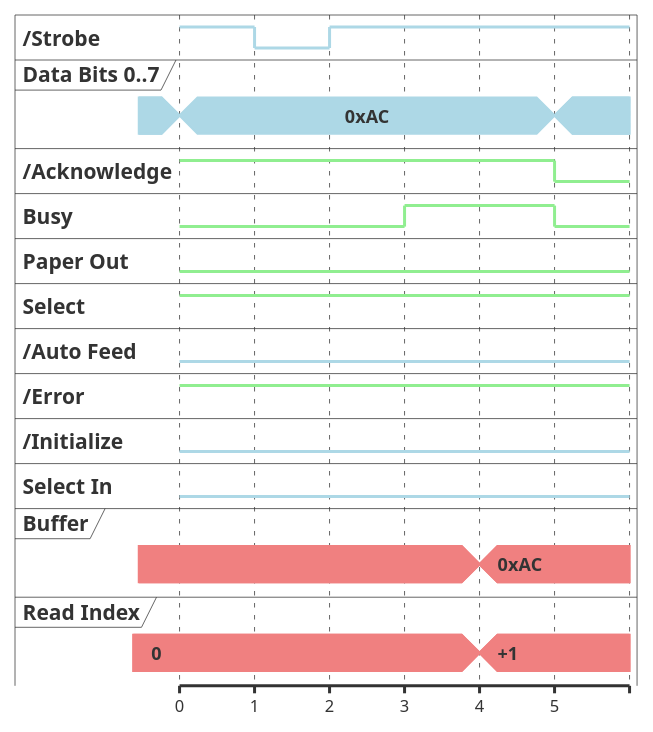
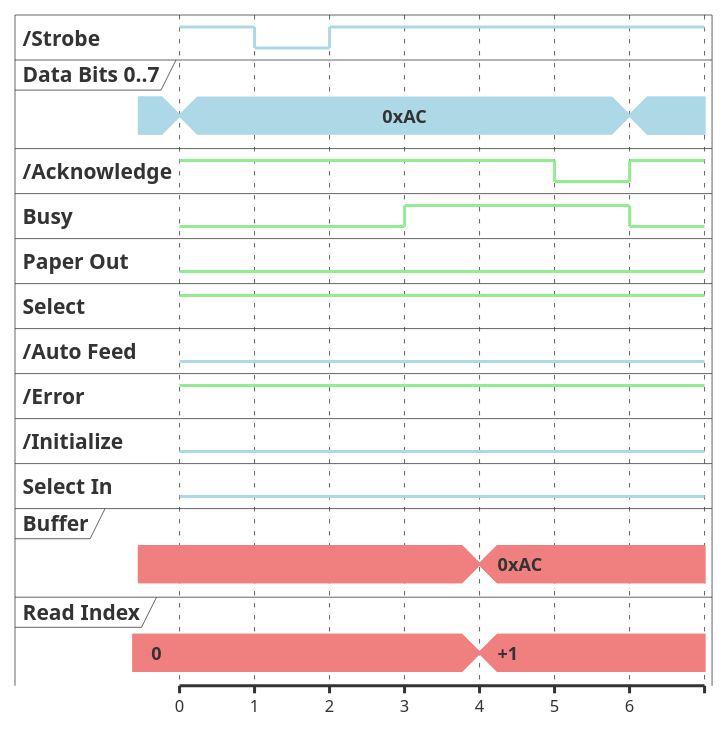
Before and after one commit to mwwhited/DeviceBridge: the diagram in LinePrinterPort.md, drawn with PlantUML. The commit also changed 9 other files, not shown here.

````diff
--- a/LinePrinterPort.md
+++ b/LinePrinterPort.md
@@ -34,68 +34,71 @@
 ```plantuml
 
 <style>
 timingDiagram {
   .output {
     LineColor lightGreen
   }
   .input {
     LineColor lightBlue
     BackgroundColor lightBlue
   }
   .memory {
     LineColor lightCoral
     BackgroundColor lightCoral
   }
 }
 </style>
 
 binary  "/Strobe"        as Strobe       <<input>>
 concise "Data Bits 0..7" as Data         <<input>>
 binary  "/Acknowledge"   as Ack          <<output>>
 binary  "Busy"           as Busy         <<output>>
 binary  "Paper Out"      as PaperOut     <<output>>
 binary  "Select"         as Select       <<output>>
 binary  "/Auto Feed"     as AutoFeed     <<input>>
 binary  "/Error"         as Error        <<output>>
 binary  "/Initialize"    as Init         <<input>>
 binary  "Select In"      as SelectIn     <<input>>
  
 concise "Buffer"         as RingBuffer   <<memory>>
 concise "Read Index"     as BufferIndex  <<memory>>
 
 Strobe is high
 Data is ""
 AutoFeed is low
 Init is low
 
 Error is high
 Select is high
 PaperOut is low
 Busy is low
 Ack is high
 
 RingBuffer is ""
 BufferIndex is 0
 
 @0 as :set_data
 Data is 0xAC
 
 @1 as :strobe_pulse
 Strobe is low
 
 @2 as :strobe_reset
 Strobe is high
 
 @3 as :start_read
 Busy is high
 
 @4 as :read_value
 RingBuffer is 0xAC
 BufferIndex is "+1"
 
 @5 as :read_ack
 Ack is low
+
+@6 as :read_ack_rst
+Ack is high
 Busy is low
 Data is ""
 
 ```
````
